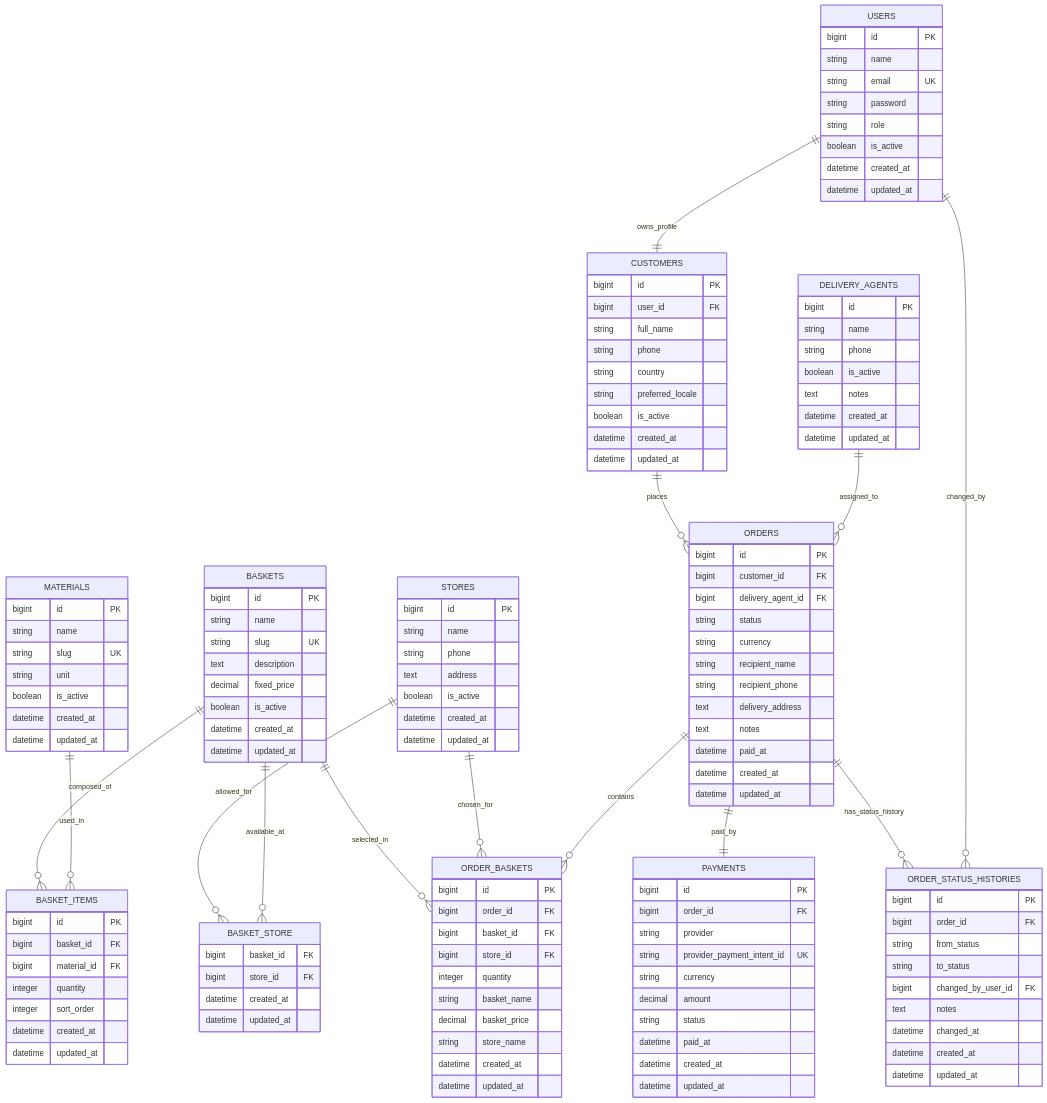
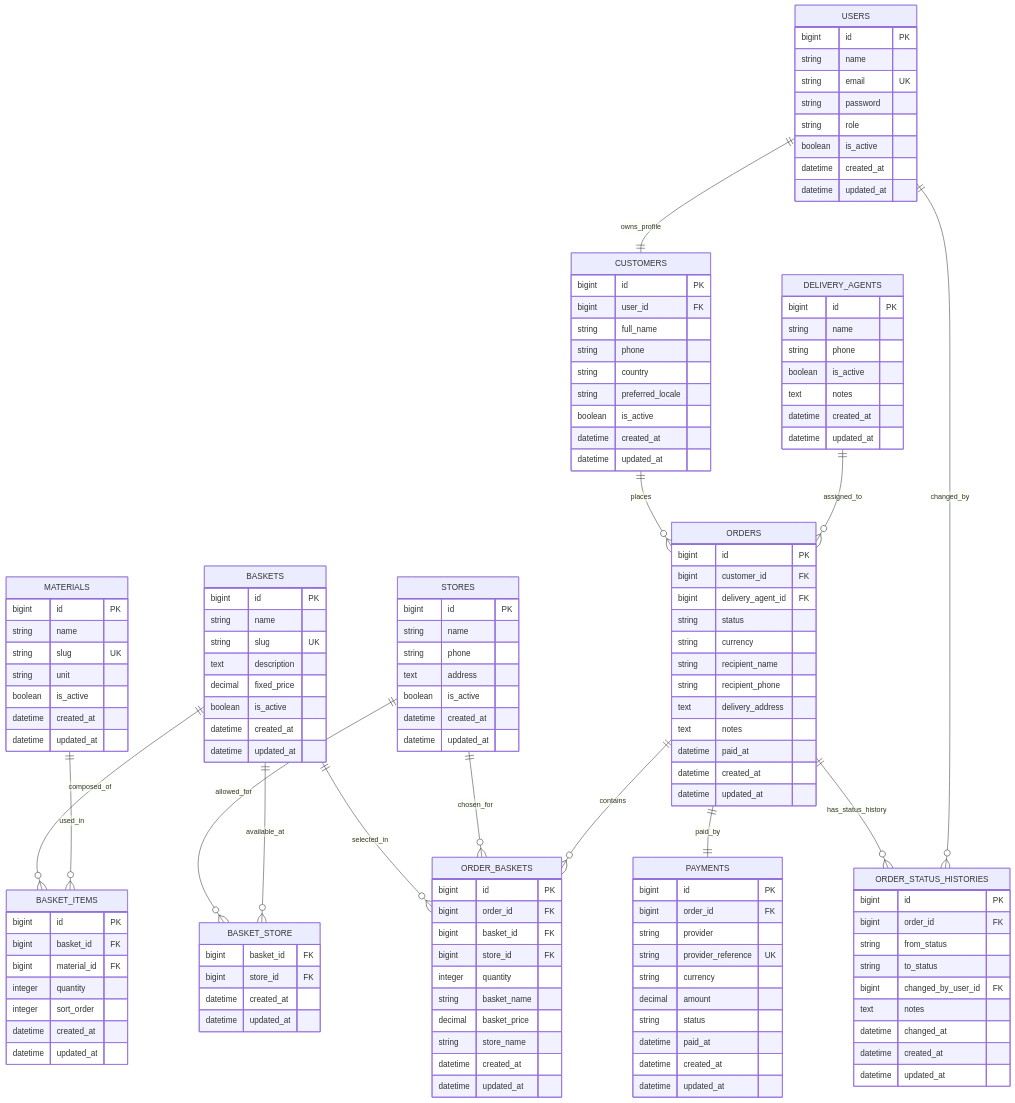
The diagram in docs/erd-only.md (IbrahimHammash1/zad), drawn with Mermaid before and after one commit. The commit also changed 65 other files, not shown here.

```diff
--- a/docs/erd-only.md
+++ b/docs/erd-only.md
@@ -127,7 +127,7 @@
         bigint id PK
         bigint order_id FK
         string provider
-        string provider_payment_intent_id UK
+        string provider_reference UK
         string currency
         decimal amount
         string status
```
